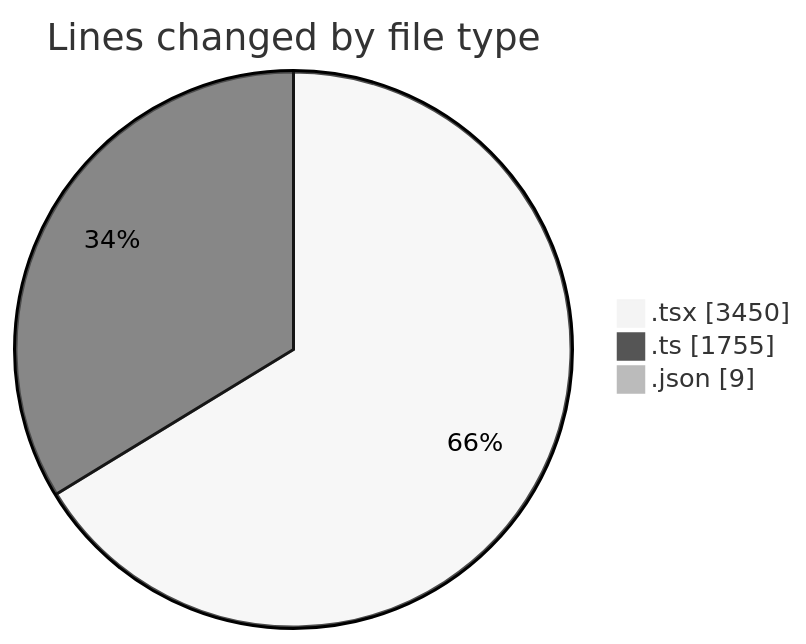
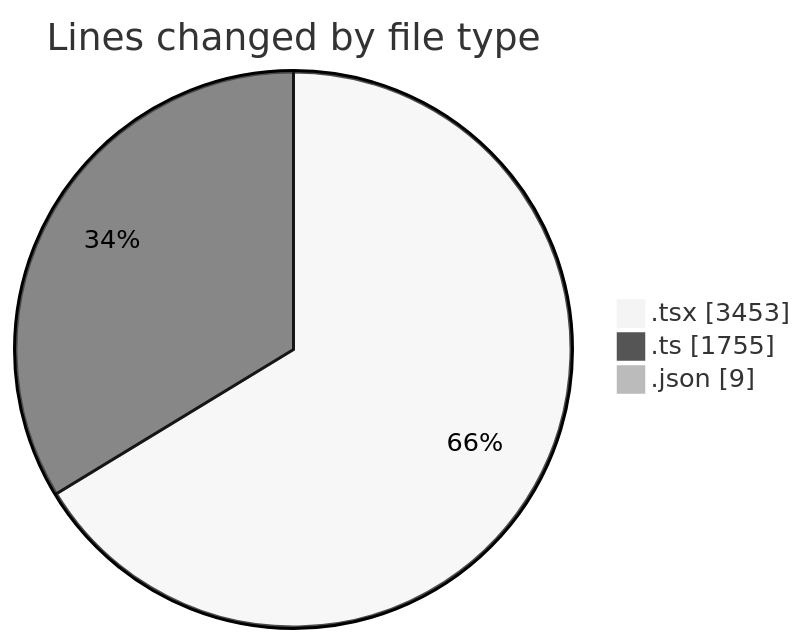
Before and after one commit to julien-gomy/code-tracking: the first of 2 diagrams in 2025-10-15/eventscop-frontend-guide__workspace_/README.md, drawn with Mermaid (neutral theme). The commit also changed other lines of this file and 1 other file, not shown here.

````diff
--- a/2025-10-15/eventscop-frontend-guide__workspace_/README.md
+++ b/2025-10-15/eventscop-frontend-guide__workspace_/README.md
@@ -46,7 +46,7 @@
 ```mermaid
 pie showData
 title Lines changed by file type
-".tsx" : 3450
+".tsx" : 3453
 ".ts" : 1755
 ".json" : 9
 ```
````
